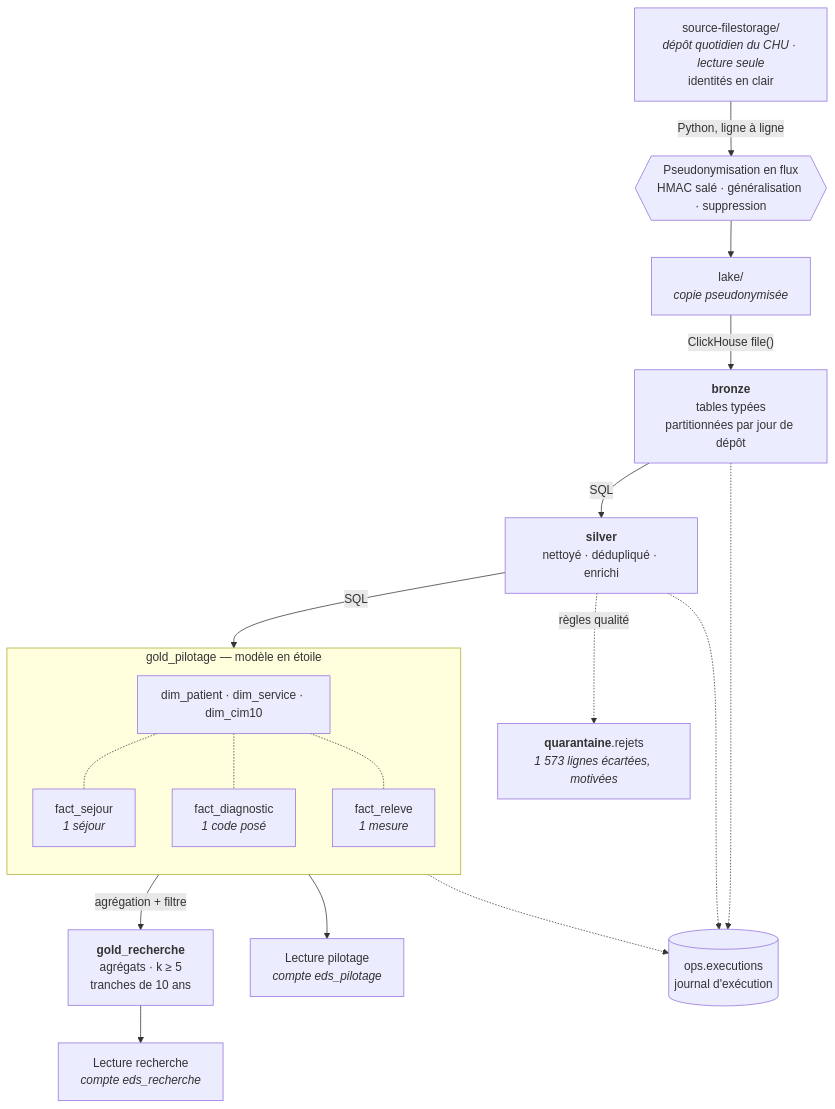
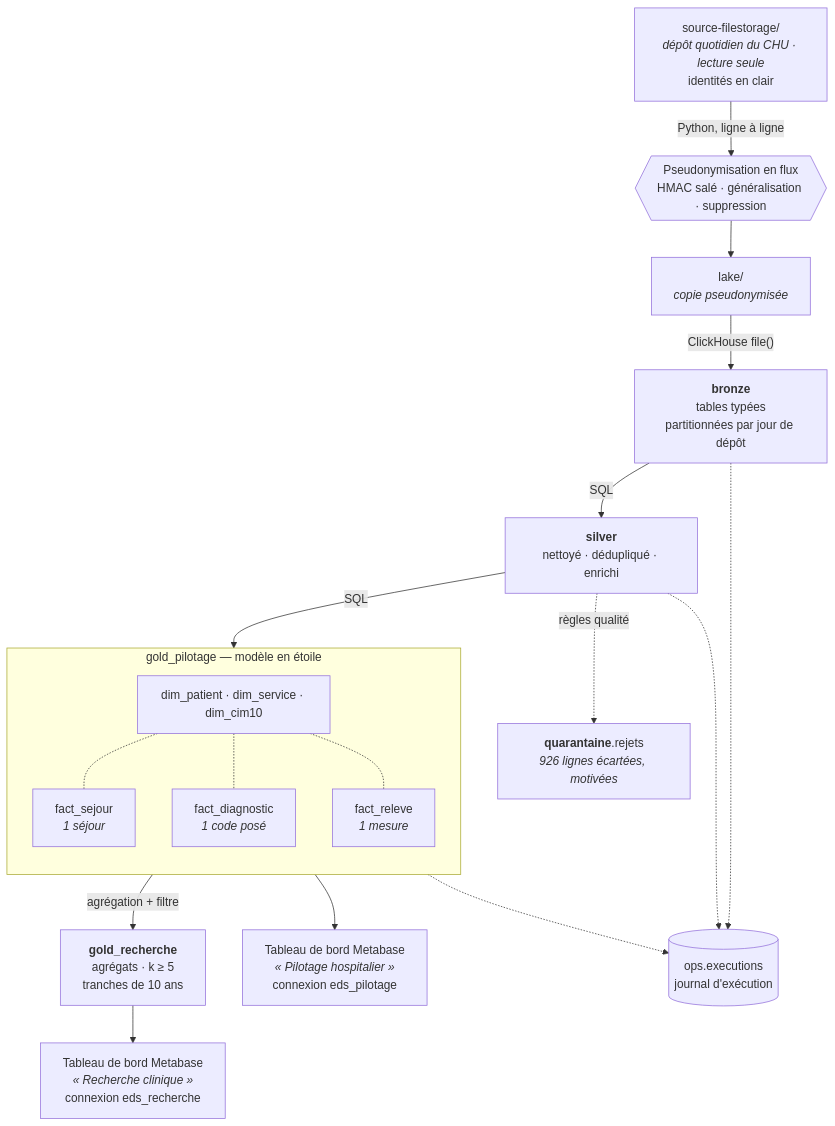
One commit to Periicles/BigData changed the second of 2 diagrams in docs/RAPPORT.md. Above: the diagram before and after it, drawn with Mermaid. The commit also changed other lines of this file and 2 other files, not shown here.

````diff
--- a/docs/RAPPORT.md
+++ b/docs/RAPPORT.md
@@ -609,37 +860,37 @@
 ```mermaid
 flowchart TD
     S["source-filestorage/<br/><i>dépôt quotidien du CHU · lecture seule</i><br/>identités en clair"]
     P{{"Pseudonymisation en flux<br/>HMAC salé · généralisation · suppression"}}
     L["lake/<br/><i>copie pseudonymisée</i>"]
     B["<b>bronze</b><br/>tables typées<br/>partitionnées par jour de dépôt"]
     V["<b>silver</b><br/>nettoyé · dédupliqué · enrichi"]
-    R["<b>quarantaine</b>.rejets<br/><i>1 573 lignes écartées, motivées</i>"]
+    R["<b>quarantaine</b>.rejets<br/><i>926 lignes écartées, motivées</i>"]
 
     subgraph GP["gold_pilotage — modèle en étoile"]
         direction TB
         DIM["dim_patient · dim_service · dim_cim10"]
         F1["fact_sejour<br/><i>1 séjour</i>"]
         F2["fact_diagnostic<br/><i>1 code posé</i>"]
         F3["fact_releve<br/><i>1 mesure</i>"]
         DIM -.- F1
         DIM -.- F2
         DIM -.- F3
     end
 
     GR["<b>gold_recherche</b><br/>agrégats · k ≥ 5<br/>tranches de 10 ans"]
-    DP["Lecture pilotage<br/><i>compte eds_pilotage</i>"]
-    DR["Lecture recherche<br/><i>compte eds_recherche</i>"]
+    DP["Tableau de bord Metabase<br/><i>« Pilotage hospitalier »</i><br/>connexion eds_pilotage"]
+    DR["Tableau de bord Metabase<br/><i>« Recherche clinique »</i><br/>connexion eds_recherche"]
     O[("ops.executions<br/>journal d'exécution")]
 
     S -->|Python, ligne à ligne| P --> L
     L -->|"ClickHouse file()"| B
     B -->|SQL| V
     V -.->|règles qualité| R
     V -->|SQL| GP
     F2 -->|agrégation + filtre| GR
     GP --> DP
     GR --> DR
     B -.-> O
     V -.-> O
     GP -.-> O
 ```
````
